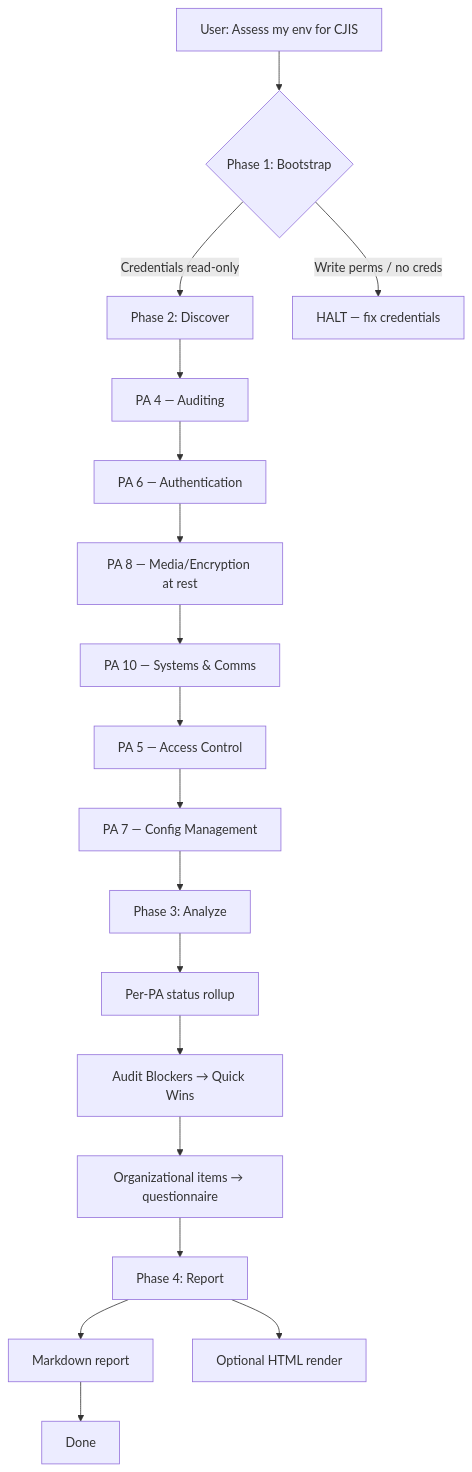
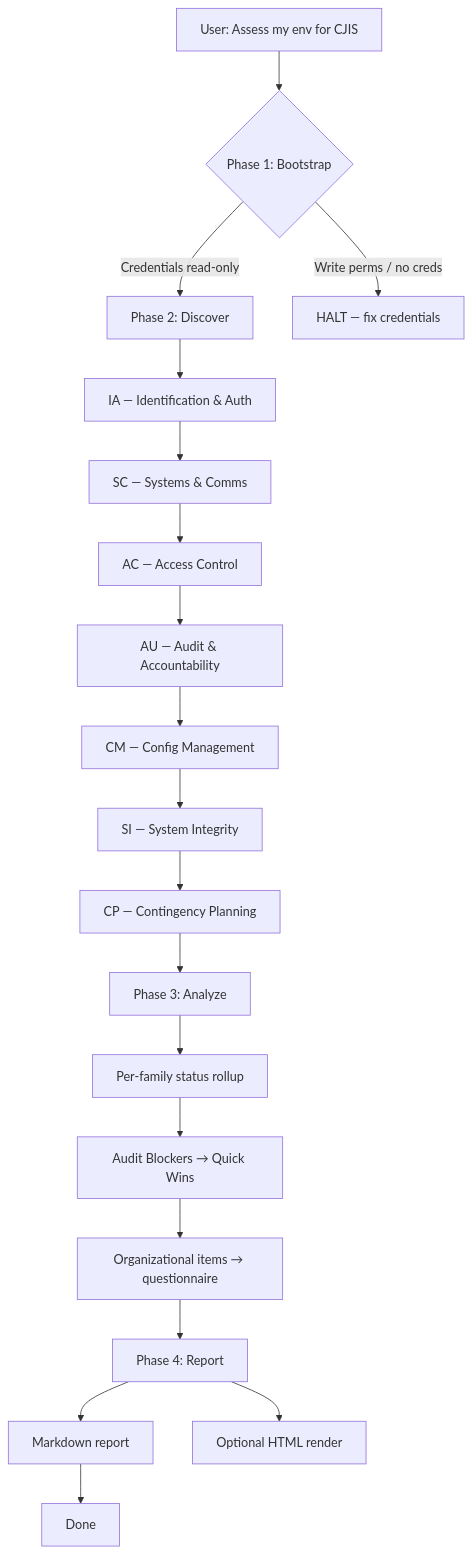
One commit to aws-samples/sample-aws-resilience-skill changed the diagram in cjis-reviewer/references/workflow-overview.md. Above: the diagram before and after it, drawn with Mermaid. The commit also changed other lines of this file and 39 other files, not shown here.

````diff
--- a/cjis-reviewer/references/workflow-overview.md
+++ b/cjis-reviewer/references/workflow-overview.md
@@ -12,20 +16,21 @@
 ```mermaid
 flowchart TD
     A[User: Assess my env for CJIS] --> B{Phase 1: Bootstrap}
     B -->|Credentials read-only| C[Phase 2: Discover]
     B -->|Write perms / no creds| X[HALT — fix credentials]
-    C --> C1[PA 4 — Auditing]
-    C1 --> C2[PA 6 — Authentication]
-    C2 --> C3[PA 8 — Media/Encryption at rest]
-    C3 --> C4[PA 10 — Systems & Comms]
-    C4 --> C5[PA 5 — Access Control]
-    C5 --> C6[PA 7 — Config Management]
-    C6 --> D[Phase 3: Analyze]
-    D --> D1[Per-PA status rollup]
+    C --> C1[IA — Identification & Auth]
+    C1 --> C2[SC — Systems & Comms]
+    C2 --> C3[AC — Access Control]
+    C3 --> C4[AU — Audit & Accountability]
+    C4 --> C5[CM — Config Management]
+    C5 --> C6[SI — System Integrity]
+    C6 --> C7[CP — Contingency Planning]
+    C7 --> D[Phase 3: Analyze]
+    D --> D1[Per-family status rollup]
     D1 --> D2[Audit Blockers → Quick Wins]
     D2 --> D3[Organizational items → questionnaire]
     D3 --> E[Phase 4: Report]
     E --> E1[Markdown report]
     E --> E2[Optional HTML render]
     E1 --> F[Done]
 ```
````
